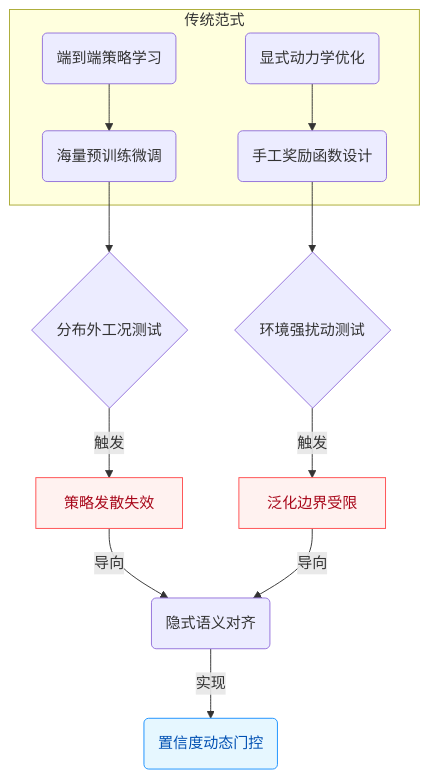
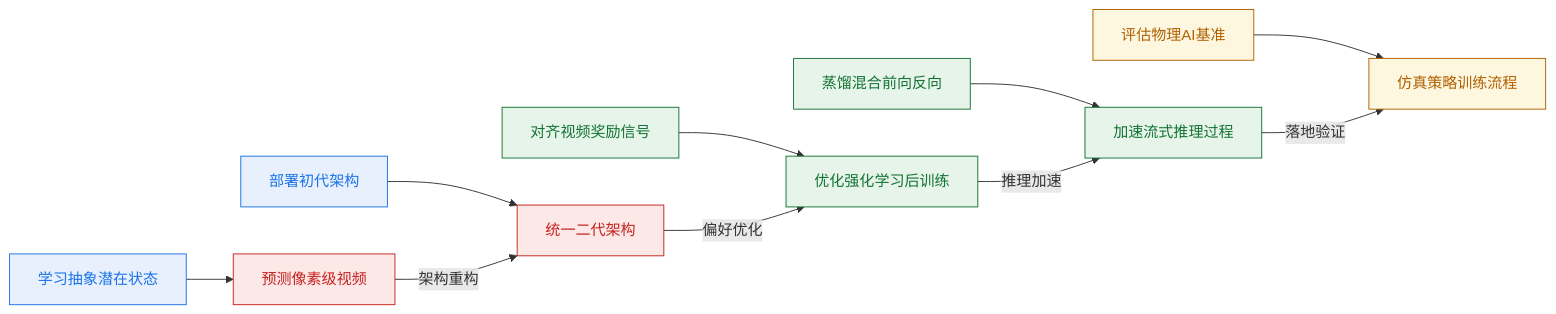
One commit to ShinewineW/paper-rolling changed the sixth of 10 diagrams in person_vault/2026-06-12_WorldSimulationWithVideoFoundationModels_2511.00062/report.md. Above: the diagram before and after it, drawn with Mermaid. The commit also changed other lines of this file and 51 other files, not shown here.

````diff
--- a/person_vault/2026-06-12_WorldSimulationWithVideoFoundationModels_2511.00062/report.md
+++ b/person_vault/2026-06-12_WorldSimulationWithVideoFoundationModels_2511.00062/report.md
@@ -315,20 +613,18 @@
 ```mermaid
-flowchart TD
-    classDef legacy fill:#f9f9f9,stroke:#666,color:#333;
-    classDef proposed fill:#e6f7ff,stroke:#1890ff,color:#0050b3;
-    classDef gap fill:#fff2f0,stroke:#ff4d4f,color:#a8071a;
+flowchart LR
+    classDef base fill:#e8f0fe,color:#1a73e8,stroke:#1a73e8
+    classDef shift fill:#fce8e6,color:#c5221f,stroke:#c5221f
+    classDef align fill:#e6f4ea,color:#137333,stroke:#137333
+    classDef eval fill:#fef7e0,color:#b06000,stroke:#b06000
 
-    subgraph 传统范式
-        data_driven(端到端策略学习) --> pretrain(海量预训练微调)
-        explicit_opt(显式动力学优化) --> manual_reward(手工奖励函数设计)
-    end
+    learn_latent_states["学习抽象潜在状态"]:::base --> predict_pixel_video["预测像素级视频"]:::shift
+    deploy_cosmos_v1["部署初代架构"]:::base --> unify_cosmos_v25["统一二代架构"]:::shift
+    align_video_reward["对齐视频奖励信号"]:::align --> optimize_rl_post["优化强化学习后训练"]:::align
+    distill_rcm_hybrid["蒸馏混合前向反向"]:::align --> accelerate_stream_infer["加速流式推理过程"]:::align
+    evaluate_pai_bench["评估物理AI基准"]:::eval --> simulate_policy_training["仿真策略训练流程"]:::eval
 
-    pretrain --> ood_test{分布外工况测试}
-    manual_reward --> env_perturb{环境强扰动测试}
-    ood_test -->|触发| policy_diverge["策略发散失效"]:::gap
-    env_perturb -->|触发| narrow_generalize["泛化边界受限"]:::gap
-
-    policy_diverge -->|导向| semantic_align(隐式语义对齐)
-    narrow_generalize -->|导向| semantic_align
-    semantic_align -->|实现| confidence_gate(置信度动态门控):::proposed
+    predict_pixel_video -->|架构重构| unify_cosmos_v25
+    unify_cosmos_v25 -->|偏好优化| optimize_rl_post
+    optimize_rl_post -->|推理加速| accelerate_stream_infer
+    accelerate_stream_infer -->|落地验证| simulate_policy_training
 ```
````
